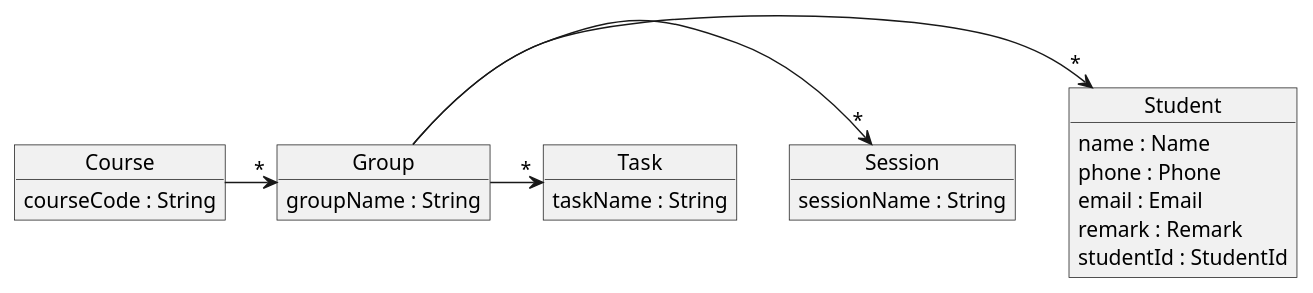
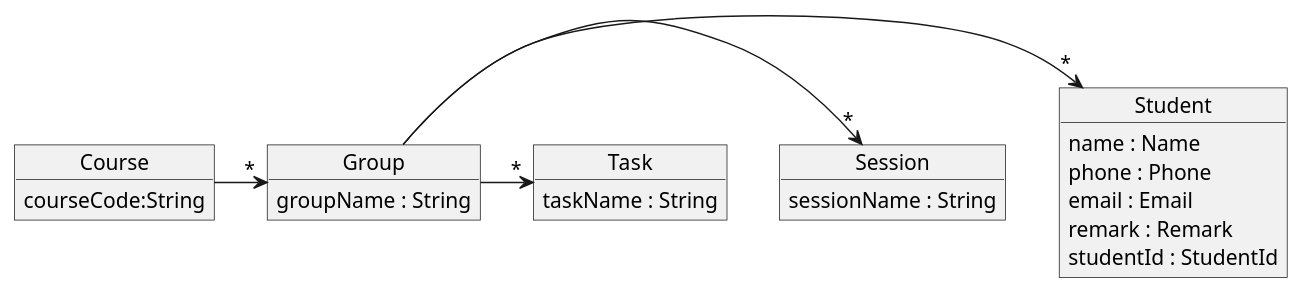
One commit to nus-cs2103-AY2223S2/tp changed the diagram in docs/diagrams/ObjectDependencyDiagram.puml. Above: the diagram before and after it, drawn with PlantUML. The commit also changed 1 other file, not shown here.

Commit message:
added object dependency for `Implementation`

```diff
--- a/docs/diagrams/ObjectDependencyDiagram.puml
+++ b/docs/diagrams/ObjectDependencyDiagram.puml
@@ -1,26 +1,41 @@
 @startuml
 object Course
 object Group
 object Student
 object Session
 object Task
 
-Course : courseCode : String
-Group : groupName : String
-Session : sessionName : String
-Task : taskName : String
 
-Student : name : Name
-Student : phone : Phone
-Student : email : Email
-Student : remark : Remark
-Student : studentId : StudentId
+object Course {
+  courseCode:String
+}
 
+object Group {
+  groupName : String
+}
 
+object Session {
+ sessionName : String
+}
 
+object Task {
+ taskName : String
+}
+
+object Student {
+ name : Name
+ phone : Phone
+ email : Email
+ remark : Remark
+ studentId : StudentId
+}
 
 Course -> "*" Group
 Group -> "*" Student
 Group -> "*" Session
 Group -> "*" Task
+
+
+
+
 @enduml
```
